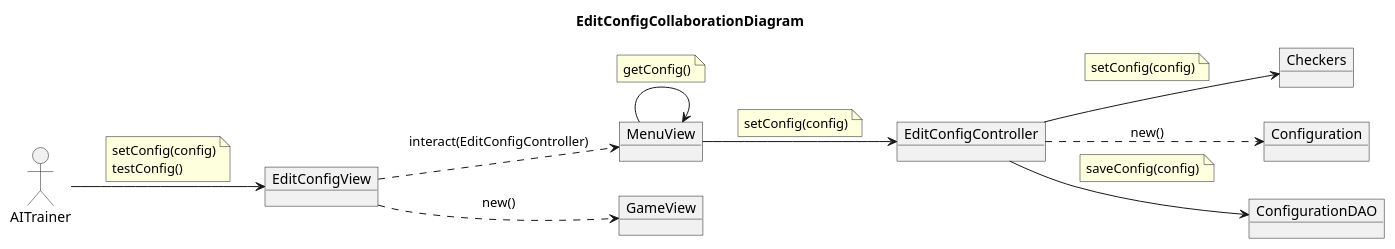
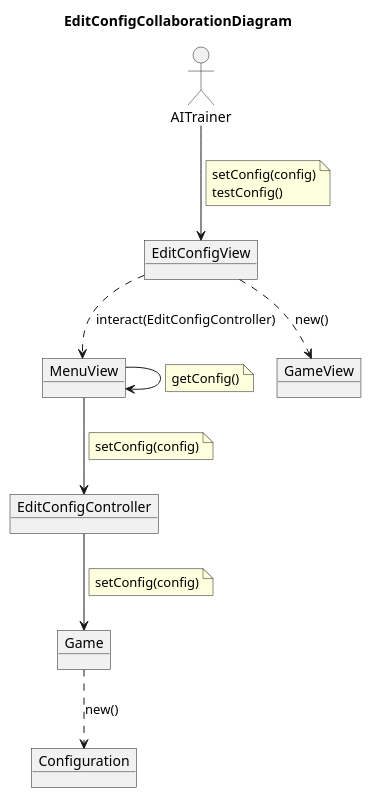
The diagram in docs/src/analysis/use-cases/editconfig-colab.plantuml (Master-Desarrollo-20-21/patrones-diseno---practica-final---juego-de-las-damas-fraylopez), drawn with PlantUML before and after one commit. The commit also changed 22 other files, not shown here.

```diff
--- a/docs/src/analysis/use-cases/editconfig-colab.plantuml
+++ b/docs/src/analysis/use-cases/editconfig-colab.plantuml
@@ -1,48 +1,44 @@
 @startuml EditConfigCollaborationDiagram
 title EditConfigCollaborationDiagram
 allow_mixing
-left to right direction
+' left to right direction
 
 actor AITrainer
 
-object Checkers
+object Game
 object EditConfigView
 object MenuView
 object GameView
 object EditConfigController
 object Configuration
-object ConfigurationDAO
 
 AITrainer --> EditConfigView
 note on link
     editConfig()
 end note
 note on link
     setConfig(config)
     testConfig()
 end note
 EditConfigView ..> MenuView : interact(EditConfigController)
 
 MenuView --> MenuView
 note on link
     getConfig()
 end note
 
 MenuView --> EditConfigController
 note on link
     setConfig(config)
 end note
 
-EditConfigController --> ConfigurationDAO
-note on link
-    saveConfig(config)
-end note
+
 EditConfigView .down.> GameView : new()
 
-EditConfigController ..> Configuration : new()
+Game ..> Configuration : new()
 
-EditConfigController --> Checkers
+EditConfigController --> Game
 note on link
     setConfig(config)
 end note
 @enduml
```
